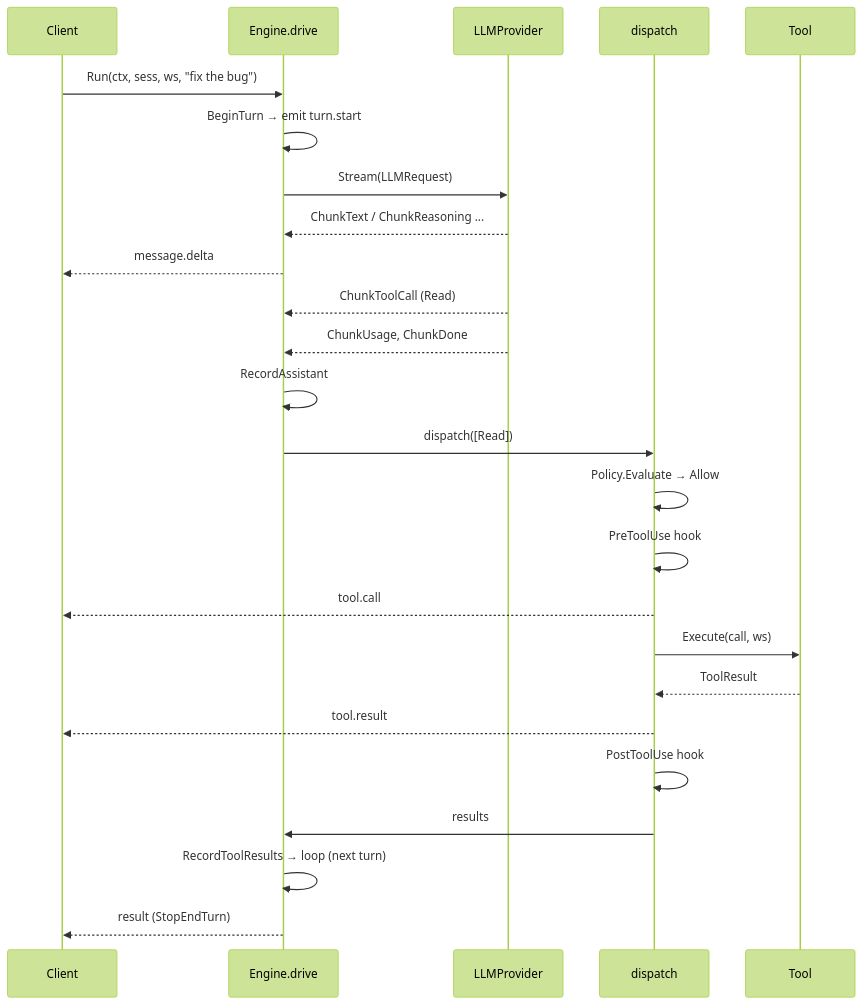
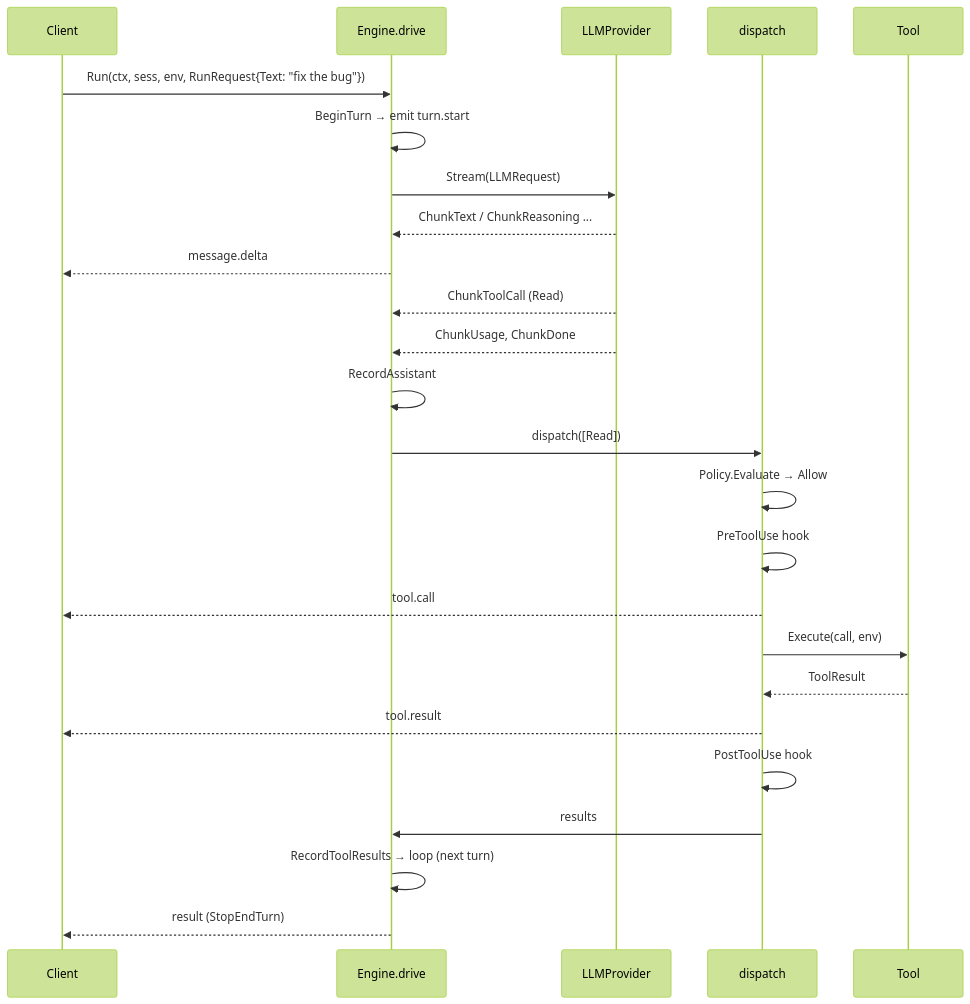
The first of 2 diagrams in user-docs/building/what-you-get/agent-loop.md (Sanskarzz/mecatl), drawn with Mermaid (forest theme) before and after one commit. The commit also changed other lines of this file and 51 other files, not shown here.

````diff
--- a/user-docs/building/what-you-get/agent-loop.md
+++ b/user-docs/building/what-you-get/agent-loop.md
@@ -32,27 +32,27 @@
 ```mermaid
 sequenceDiagram
   participant C as Client
   participant E as Engine.drive
   participant L as LLMProvider
   participant D as dispatch
   participant T as Tool
-  C->>E: Run(ctx, sess, ws, "fix the bug")
+  C->>E: Run(ctx, sess, env, RunRequest{Text: "fix the bug"})
   E->>E: BeginTurn → emit turn.start
   E->>L: Stream(LLMRequest)
   L-->>E: ChunkText / ChunkReasoning ...
   E-->>C: message.delta
   L-->>E: ChunkToolCall (Read)
   L-->>E: ChunkUsage, ChunkDone
   E->>E: RecordAssistant
   E->>D: dispatch([Read])
   D->>D: Policy.Evaluate → Allow
   D->>D: PreToolUse hook
   D-->>C: tool.call
-  D->>T: Execute(call, ws)
+  D->>T: Execute(call, env)
   T-->>D: ToolResult
   D-->>C: tool.result
   D->>D: PostToolUse hook
   D->>E: results
   E->>E: RecordToolResults → loop (next turn)
   E-->>C: result (StopEndTurn)
 ```
````
